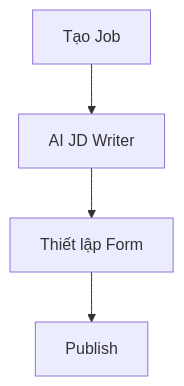
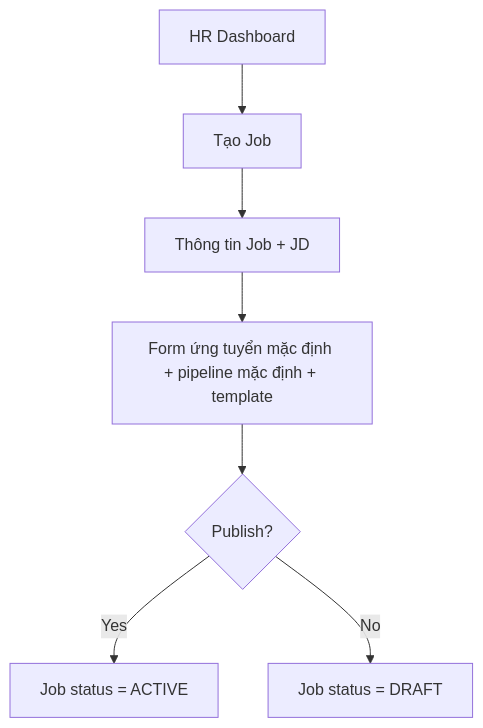
Before and after one commit to VanHaPtit/EasyTech_FE: the diagram in nghiep_vu/epic-03_HR_Dashboard_Job_Management/brief.md, drawn with Mermaid. The commit also changed other lines of this file and 227 other files, not shown here.

````diff
--- a/nghiep_vu/epic-03_HR_Dashboard_Job_Management/brief.md
+++ b/nghiep_vu/epic-03_HR_Dashboard_Job_Management/brief.md
@@ -12,6 +15,9 @@
 ```mermaid
 graph TD
-  A[Tạo Job] --> B[AI JD Writer]
-  B --> C[Thiết lập Form]
-  C --> D[Publish]
+  A[HR Dashboard] --> B[Tạo Job]
+  B --> C[Thông tin Job + JD]
+  C --> D[Form ứng tuyển mặc định + pipeline mặc định + template]
+  D --> E{Publish?}
+  E -- Yes --> F[Job status = ACTIVE]
+  E -- No --> G[Job status = DRAFT]
 ```
````
